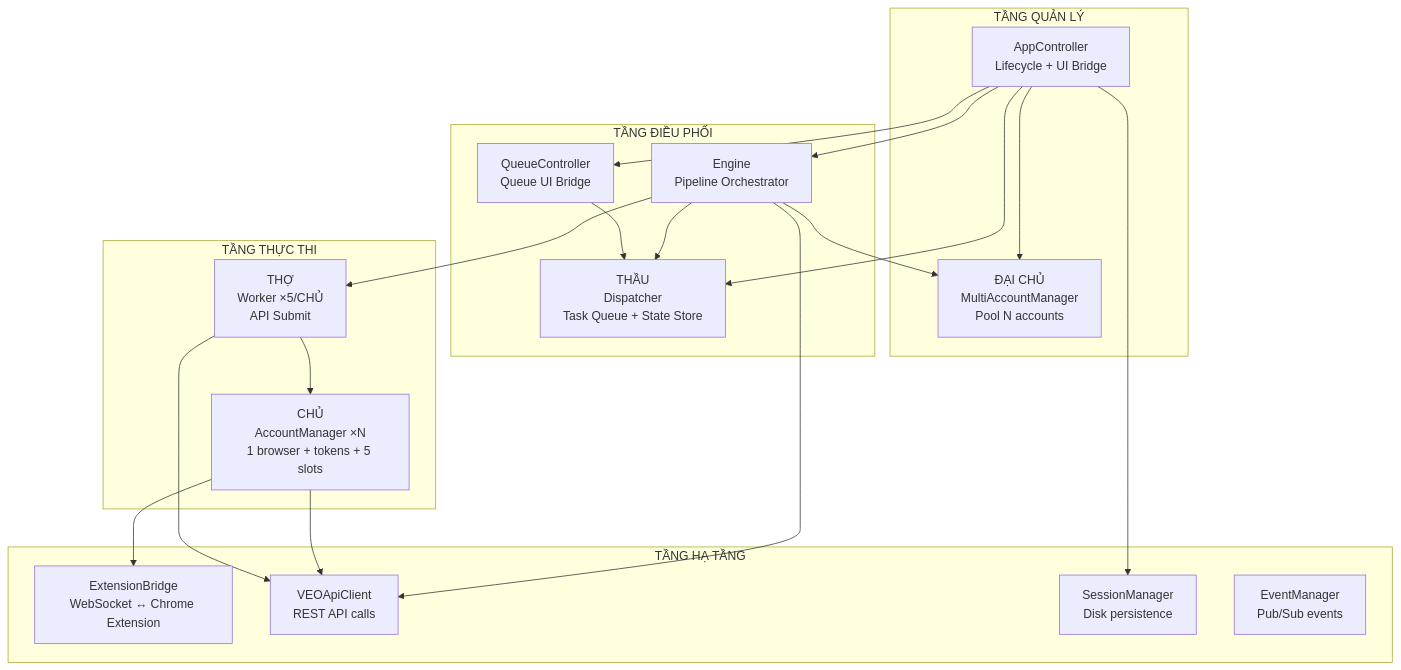
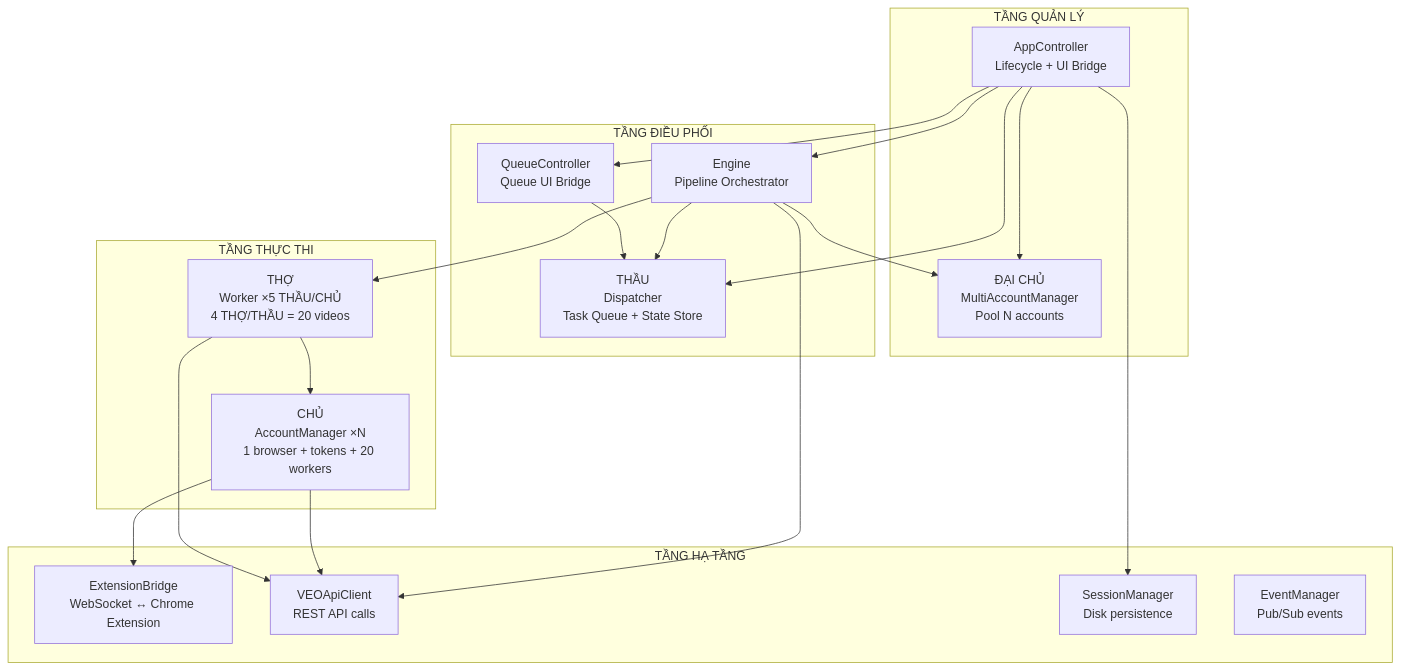
Before and after one commit to lynkvproerror/vadveopromax: the first of 8 diagrams in 00 - Documentation/02_Architecture/ENGINE_PIPELINE_ARCHITECTURE.md, drawn with Mermaid. The commit also changed other lines of this file and 21 other files, not shown here.

````diff
--- a/00 - Documentation/02_Architecture/ENGINE_PIPELINE_ARCHITECTURE.md
+++ b/00 - Documentation/02_Architecture/ENGINE_PIPELINE_ARCHITECTURE.md
@@ -13,43 +14,43 @@
 ```mermaid
 graph TB
     subgraph "TẦNG QUẢN LÝ"
         AC["AppController<br/>Lifecycle + UI Bridge"]
         MAM["ĐẠI CHỦ<br/>MultiAccountManager<br/>Pool N accounts"]
     end
 
     subgraph "TẦNG ĐIỀU PHỐI"
         DISP["THẦU<br/>Dispatcher<br/>Task Queue + State Store"]
         ENG["Engine<br/>Pipeline Orchestrator"]
         QC["QueueController<br/>Queue UI Bridge"]
     end
 
     subgraph "TẦNG THỰC THI"
-        AM["CHỦ<br/>AccountManager ×N<br/>1 browser + tokens + 5 slots"]
-        W["THỢ<br/>Worker ×5/CHỦ<br/>API Submit"]
+        AM["CHỦ<br/>AccountManager ×N<br/>1 browser + tokens + 20 workers"]
+        W["THỢ<br/>Worker ×5 THẦU/CHỦ<br/>4 THỢ/THẦU = 20 videos"]
     end
 
     subgraph "TẦNG HẠ TẦNG"
         EB["ExtensionBridge<br/>WebSocket ↔ Chrome Extension"]
         API["VEOApiClient<br/>REST API calls"]
         SM["SessionManager<br/>Disk persistence"]
         EM["EventManager<br/>Pub/Sub events"]
     end
 
     AC --> MAM
     AC --> ENG
     AC --> DISP
     AC --> QC
     AC --> SM
 
     ENG --> DISP
     ENG --> MAM
     ENG --> W
     ENG --> API
 
     QC --> DISP
 
     AM --> EB
     AM --> API
     W --> API
     W --> AM
 ```
````
